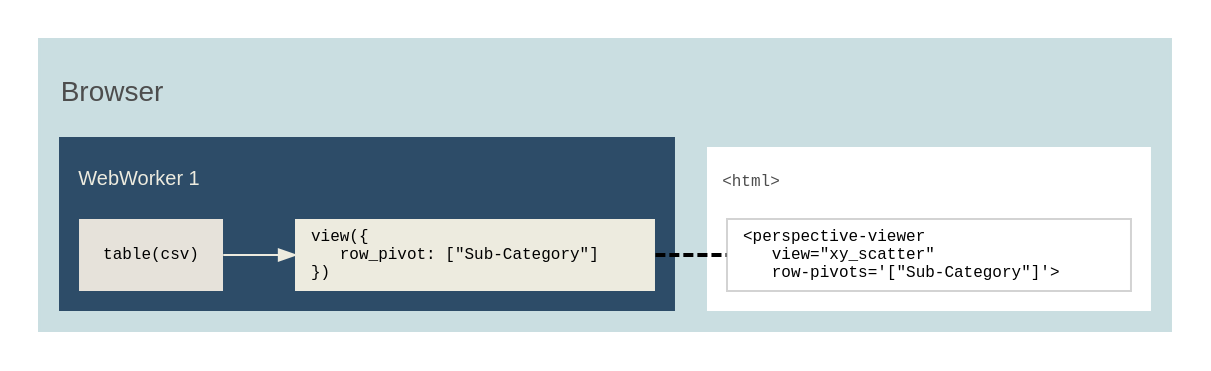
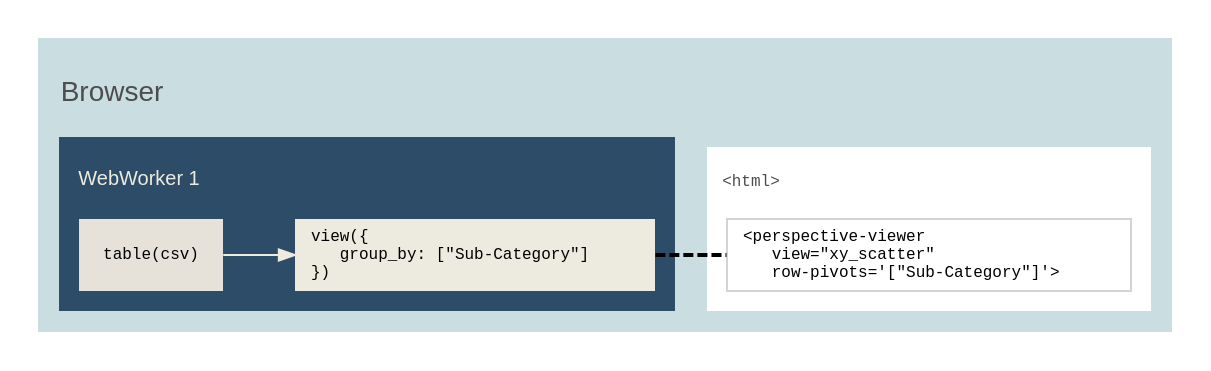
One commit to finos/perspective changed the diagram in docs/static/svg/architecture.sub1.dot. Above: the diagram before and after it, drawn with Graphviz. The commit also changed 123 other files, not shown here.

Commit message:
Replace `row_pivots` with `group_by`, `column_pivots` with `split_by`

```diff
--- a/docs/static/svg/architecture.sub1.dot
+++ b/docs/static/svg/architecture.sub1.dot
@@ -1,65 +1,65 @@
 digraph G {
     graph [rankdir="LR" fontname="helvetica" labeljust="l"]
     node [shape="box" fontname="monospace" fontsize=8 color=gray70 style=filled fillcolor=white];
     edge [color="#EDEBDF" arrowsize=0.8]
     
     subgraph cluster_browser {
         graph [
             label="\lBrowser";
             color="#CADEE1";
             margin=10
             style=filled;
             fontcolor=gray30
         ]
         subgraph cluster_2 {
             graph [
                 label="\lWebWorker 1";
                 style=filled
                 margin=10
                 fillcolor="#2D4C68"
                 color=none
                 fontcolor="#EDEBDF"
                 fontsize=10
             ]
             table1 [
                 label="table(csv)"
                 width=1
                 color=none
                 fillcolor="#E6E2DA"
             ]
            
          
             view2 [
-                label="view({\l    row_pivot: [\"Sub-Category\"]\l})\l"
+                label="view({\l    group_by: [\"Sub-Category\"]\l})\l"
                 width=2.5
                 color=none
                 fillcolor="#EDEBDF"
             ]
   
             table1 -> {view2};
         }
 
         view2 -> viewer2 [penwidth=2 style=dashed arrowhead=none color="#666"];
 
         subgraph cluster_41 {
            graph [
                 label="\l<html>";
                 color=none
                 fillcolor=white
                 fontcolor=gray30
                 fontsize=10
                 fontname="monospace" fontsize=8 color=none 
 
             ]
           
             viewer2 [
                 label = "<perspective-viewer\l    view=\"xy_scatter\"\l    row-pivots='[\"Sub-Category\"]'>\l"
                 width=2.8
                 color=lightgrey
             ];
            
         }
       
         
     }	
 }
```
